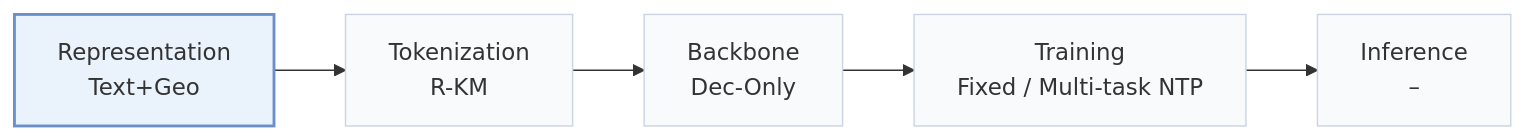
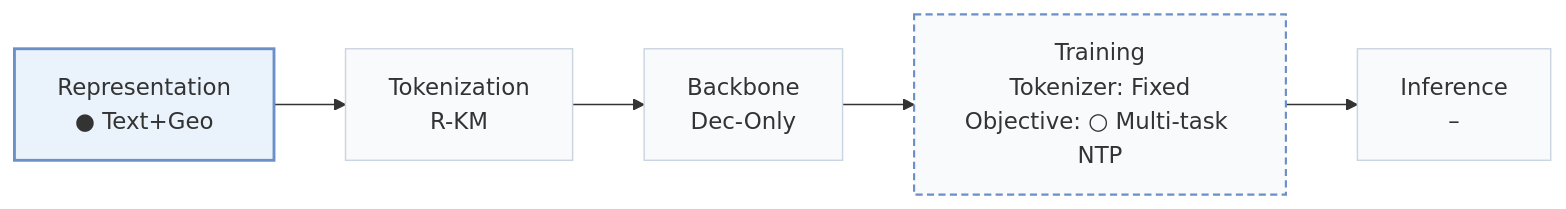
Before and after one commit to Galaxy-ghost/Awesome-SID-Generative-Rec: the first of 2 diagrams in pages/papers/spar.md, drawn with Mermaid. The commit also changed other lines of this file and 558 other files, not shown here.

````diff
--- a/pages/papers/spar.md
+++ b/pages/papers/spar.md
@@ -15,8 +18,10 @@
 ```mermaid
 flowchart LR
-    R["Representation<br/>Text+Geo"] --> T["Tokenization<br/>R-KM"] --> B["Backbone<br/>Dec-Only"] --> TR["Training<br/>Fixed / Multi-task NTP"] --> I["Inference<br/>–"]
+    R["Representation<br/>● Text+Geo"] --> T["Tokenization<br/>R-KM"] --> B["Backbone<br/>Dec-Only"] --> TR["Training<br/>Tokenizer: Fixed<br/>Objective: ○ Multi-task NTP"] --> I["Inference<br/>–"]
     classDef base fill:#f8fafc,stroke:#cbd5e1
     class R,T,B,TR,I base
+    classDef other fill:#f8fafc,stroke:#6b8fc7,stroke-width:1.5px,stroke-dasharray:5 3
+    class TR other
     classDef main fill:#eaf2fb,stroke:#6b8fc7,stroke-width:2px
     class R main
 ```
````
